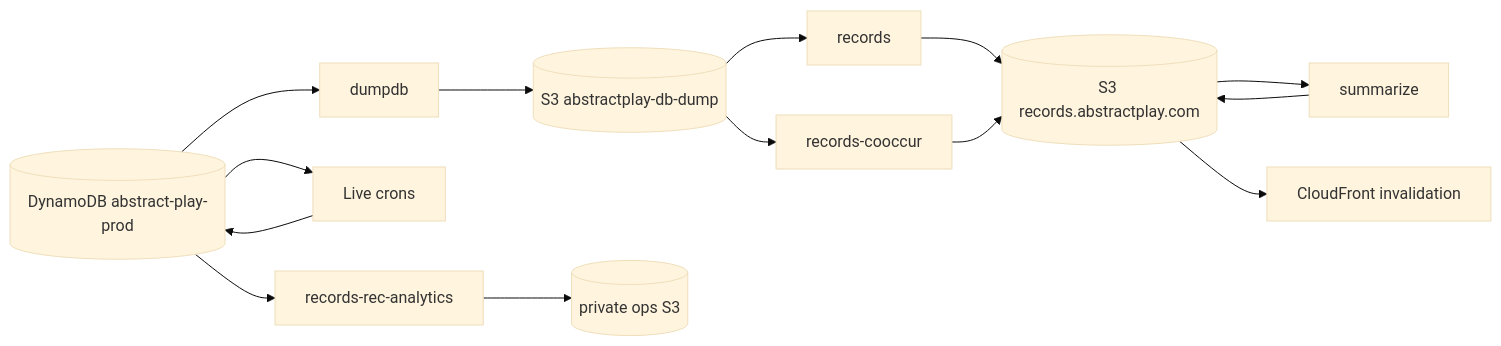
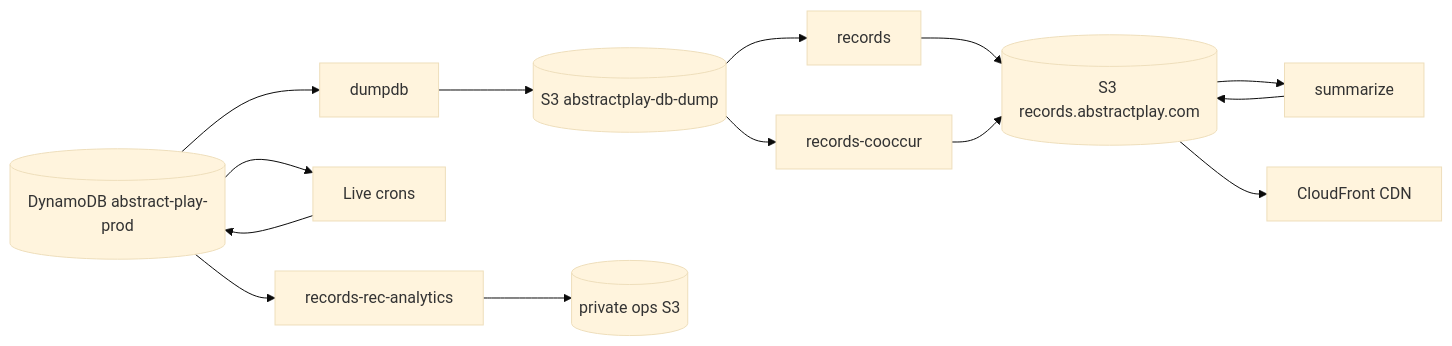
Before and after one commit to AbstractPlay/backend-crons: the diagram in docs/architecture.md, drawn with Mermaid (base theme). The commit also changed other lines of this file and 35 other files, not shown here.

````diff
--- a/docs/architecture.md
+++ b/docs/architecture.md
@@ -42,16 +44,16 @@
 ```mermaid
 flowchart LR
     ddb[(DynamoDB abstract-play-prod)] --> dumpdb
     dumpdb --> s3dump[(S3 abstractplay-db-dump)]
     s3dump --> records
     s3dump --> cooccur[records-cooccur]
     records --> s3rec[(S3 records.abstractplay.com)]
     cooccur --> s3rec
     s3rec --> summarize
     summarize --> s3rec
     ddb --> live[Live crons]
     ddb --> recanalytics[records-rec-analytics]
     recanalytics --> s3ops[(private ops S3)]
     live --> ddb
-    s3rec --> cf[CloudFront invalidation]
+    s3rec --> cf[CloudFront CDN]
 ```
````
